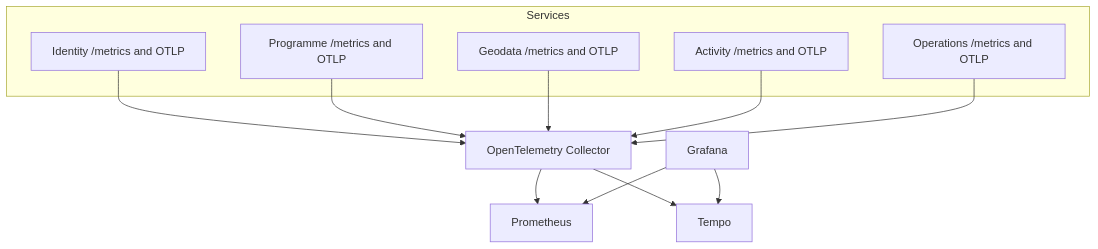
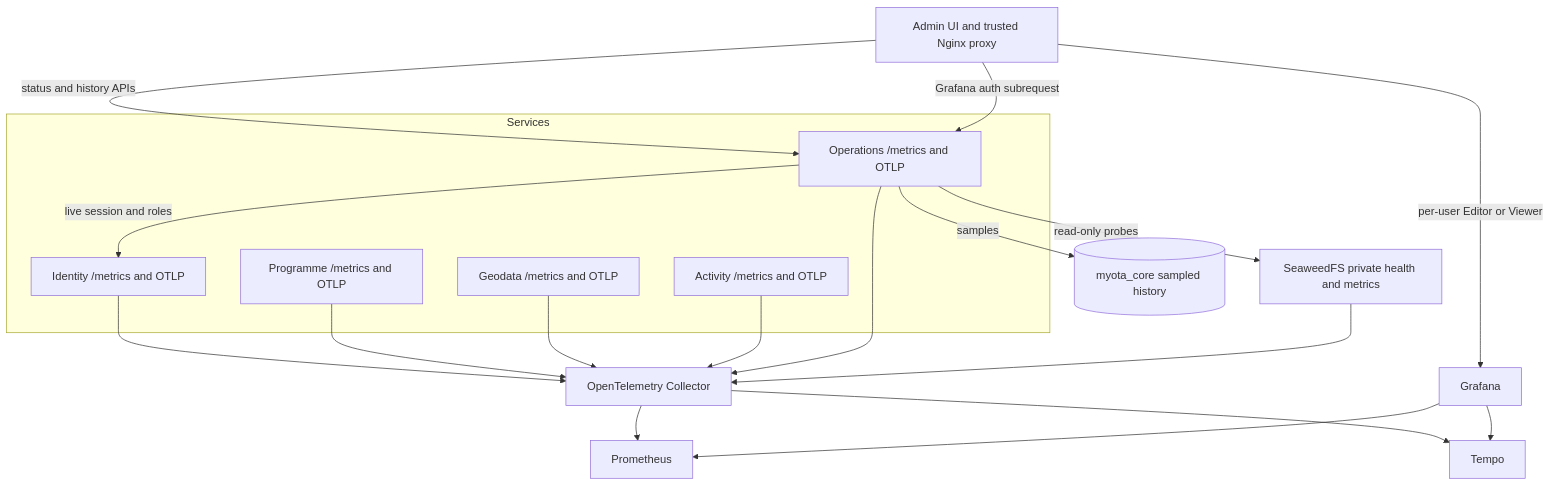
One commit to myota-platform/myota-docs changed the diagram in docs/diagrams/observability-architecture.md. Above: the diagram before and after it, drawn with Mermaid. The commit also changed 7 other files, not shown here.

First line of the commit message:
docs(observability): document storage status and Grafana editing

````diff
--- a/docs/diagrams/observability-architecture.md
+++ b/docs/diagrams/observability-architecture.md
@@ -3,23 +3,33 @@
 ```mermaid
 flowchart TB
   subgraph Services
     I[Identity /metrics and OTLP]
     P[Programme /metrics and OTLP]
     G[Geodata /metrics and OTLP]
     A[Activity /metrics and OTLP]
     O[Operations /metrics and OTLP]
   end
   C[OpenTelemetry Collector]
   PR[Prometheus]
   GR[Grafana]
   T[Tempo]
+  SW[SeaweedFS private health and metrics]
+  UI[Admin UI and trusted Nginx proxy]
+  DB[(myota_core sampled history)]
   I --> C
   P --> C
   G --> C
   A --> C
   O --> C
+  SW --> C
+  O -->|read-only probes| SW
+  O -->|samples| DB
+  UI -->|status and history APIs| O
+  UI -->|Grafana auth subrequest| O
+  O -->|live session and roles| I
+  UI -->|per-user Editor or Viewer| GR
   C --> PR
   C --> T
   GR --> PR
   GR --> T
 ```
````
